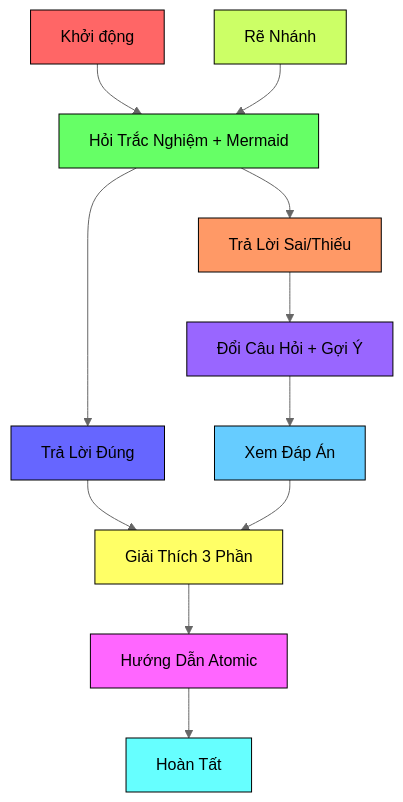
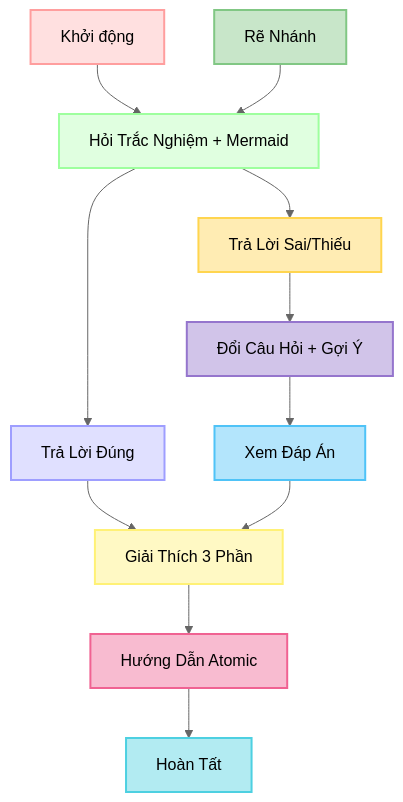
One commit to ngockhanhvd2812/System_Prompt changed the second of 6 diagrams in Deep_Learning.md. Above: the diagram before and after it, drawn with Mermaid (neutral theme). The commit also changed other lines of this file, not shown here.

````diff
--- a/Deep_Learning.md
+++ b/Deep_Learning.md
@@ -953,23 +953,24 @@
 ```mermaid
 graph TD
     A[Khởi động] --> B[Hỏi Trắc Nghiệm + Mermaid]
     B --> C[Trả Lời Đúng]
     C --> D[Giải Thích 3 Phần]
     D --> E[Hướng Dẫn Atomic]
     E --> F[Hoàn Tất]
     B --> G[Trả Lời Sai/Thiếu]
     G --> H[Đổi Câu Hỏi + Gợi Ý]
     H --> I[Xem Đáp Án]
     I --> D
     J[Rẽ Nhánh] --> B
-    style A fill:#FF6666,stroke:#000
-    style B fill:#66FF66,stroke:#000
-    style C fill:#6666FF,stroke:#000
-    style D fill:#FFFF66,stroke:#000
-    style E fill:#FF66FF,stroke:#000
-    style F fill:#66FFFF,stroke:#000
-    style G fill:#FF9966,stroke:#000
-    style H fill:#9966FF,stroke:#000
-    style I fill:#66CCFF,stroke:#000
-    style J fill:#CCFF66,stroke:#000
+    style A fill:#FFE0E0,stroke:#FF9E9E,stroke-width:2px
+    style B fill:#E0FFE0,stroke:#9EFF9E,stroke-width:2px
+    style C fill:#E0E0FF,stroke:#9E9EFF,stroke-width:2px
+    style D fill:#FFF9C4,stroke:#FFF176,stroke-width:2px
+    style E fill:#F8BBD0,stroke:#F06292,stroke-width:2px
+    style F fill:#B2EBF2,stroke:#4DD0E1,stroke-width:2px
+    style G fill:#FFECB3,stroke:#FFD54F,stroke-width:2px
+    style H fill:#D1C4E9,stroke:#9575CD,stroke-width:2px
+    style I fill:#B3E5FC,stroke:#4FC3F7,stroke-width:2px
+    style J fill:#C8E6C9,stroke:#81C784,stroke-width:2px
+
 ```
````
